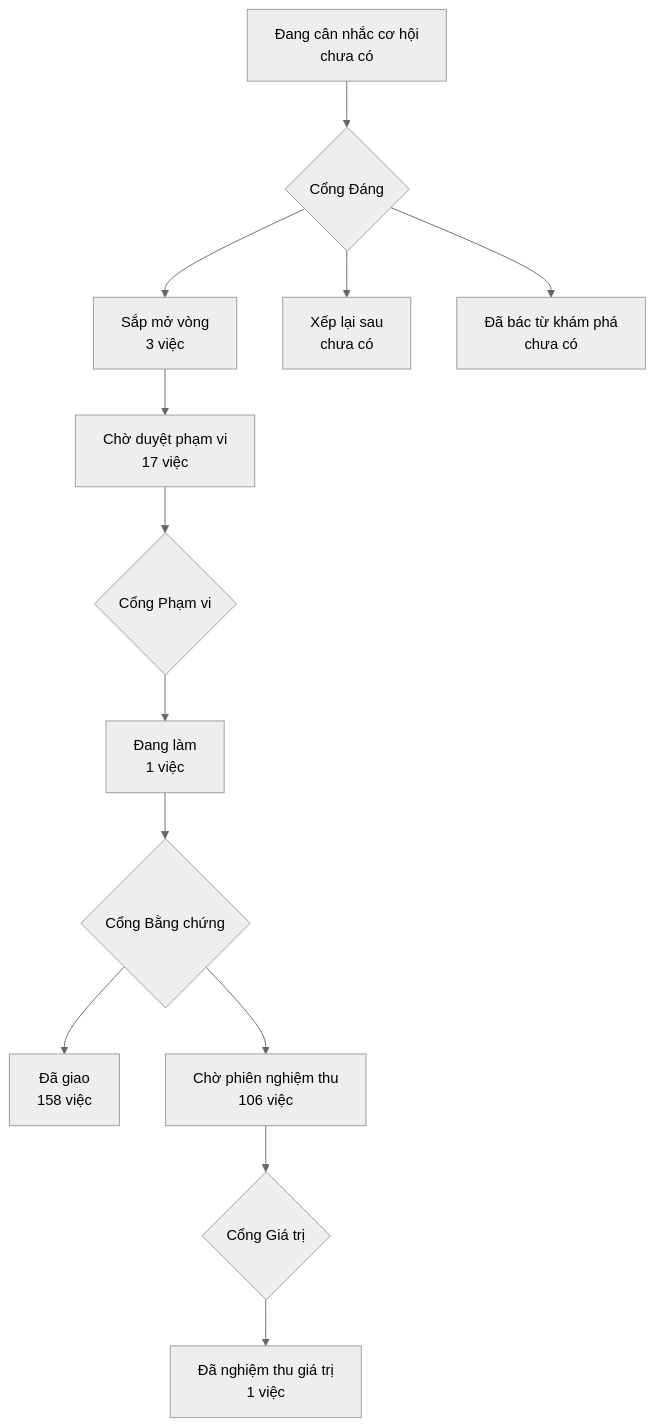
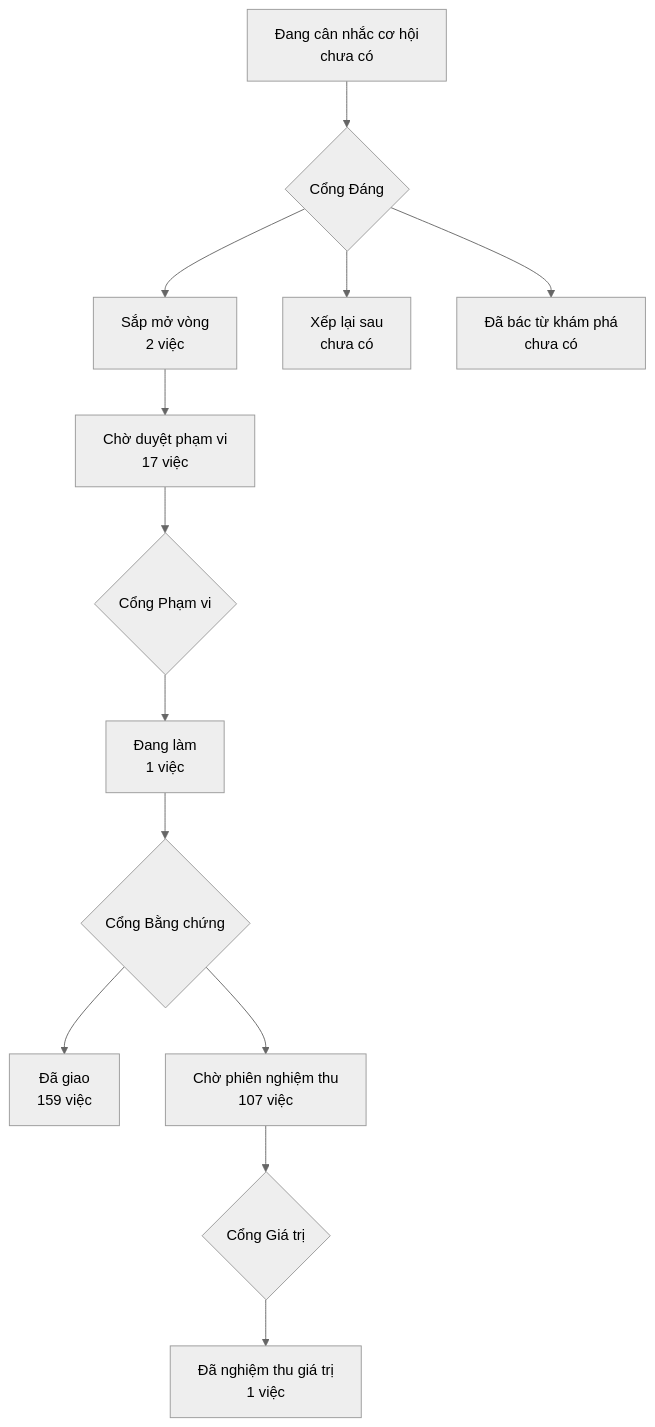
Before and after one commit to phanlemanh/onehub-invest: the diagram in PRODUCT-MAP.md, drawn with Mermaid (neutral theme). The commit also changed other lines of this file and 1 other file, not shown here.

Commit message:
chore(product-map): vẽ lại sau khi gộp main vào nhánh PL34

````diff
--- a/PRODUCT-MAP.md
+++ b/PRODUCT-MAP.md
@@ -7,12 +7,12 @@
 ```mermaid
 flowchart TD
   A["Đang cân nhắc cơ hội<br/>chưa có"] --> GD{"Cổng Đáng"}
-  GD --> B["Sắp mở vòng<br/>3 việc"]
+  GD --> B["Sắp mở vòng<br/>2 việc"]
   GD --> XL["Xếp lại sau<br/>chưa có"]
   GD --> DB["Đã bác từ khám phá<br/>chưa có"]
   B --> CD["Chờ duyệt phạm vi<br/>17 việc"] --> GP{"Cổng Phạm vi"}
   GP --> DL["Đang làm<br/>1 việc"] --> GB{"Cổng Bằng chứng"}
-  GB --> DG["Đã giao<br/>158 việc"]
-  GB --> CN["Chờ phiên nghiệm thu<br/>106 việc"] --> GG{"Cổng Giá trị"}
+  GB --> DG["Đã giao<br/>159 việc"]
+  GB --> CN["Chờ phiên nghiệm thu<br/>107 việc"] --> GG{"Cổng Giá trị"}
   GG --> NT["Đã nghiệm thu giá trị<br/>1 việc"]
 ```
````
